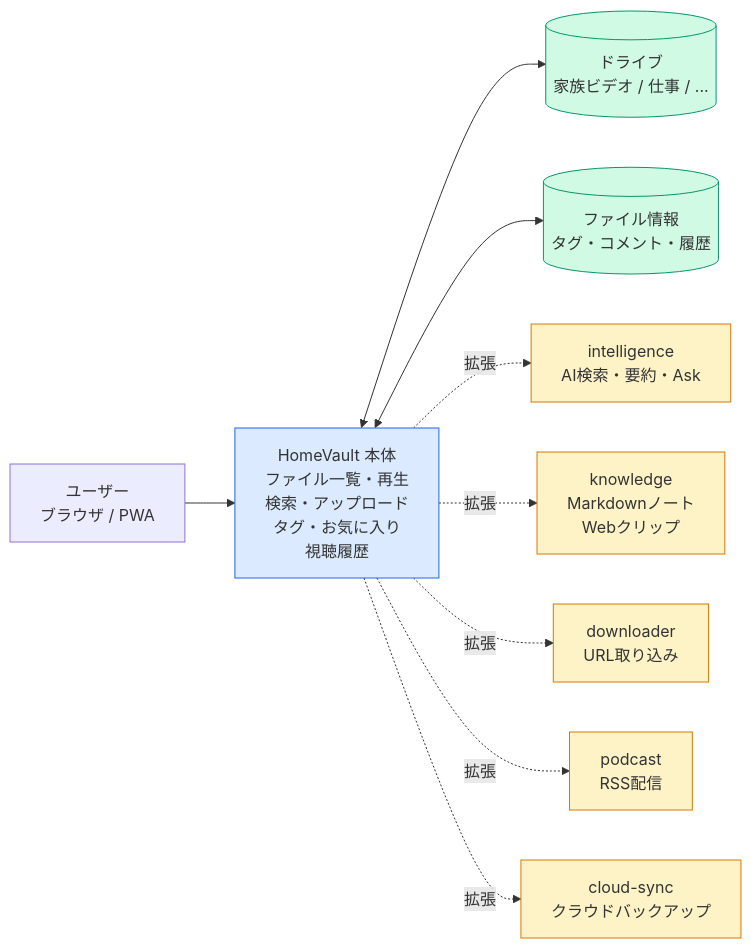
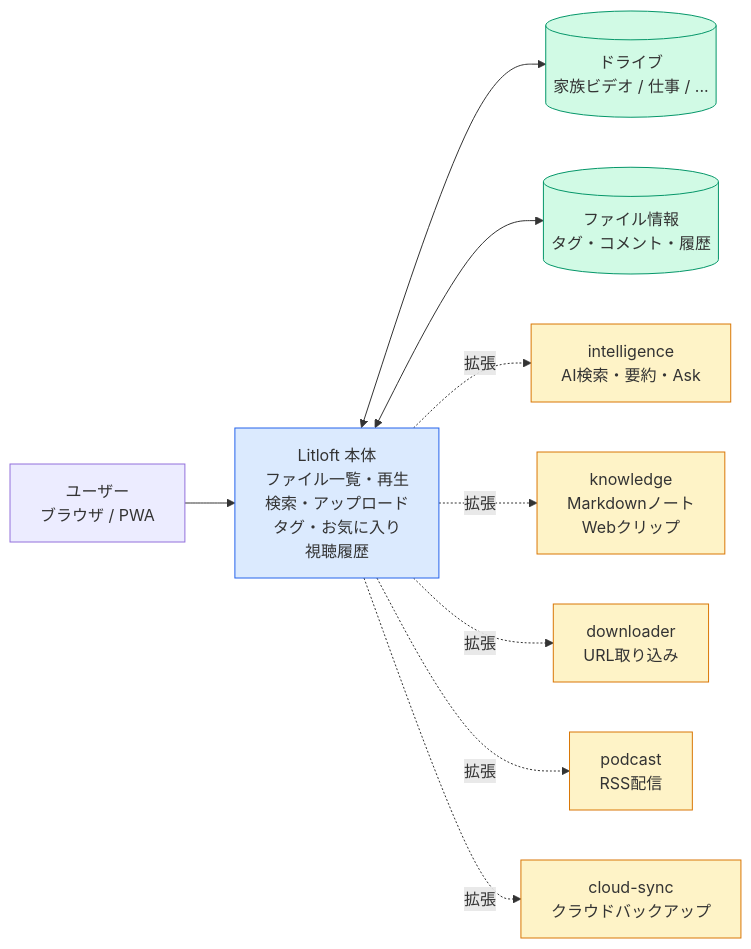
The first of 6 diagrams in docs/FEATURE-MAP.md (mamepenguin/Litloft), drawn with Mermaid before and after one commit. The commit also changed other lines of this file and 27 other files, not shown here.

Commit message:
rename: HomeVault → Litloft (brand strings)

````diff
--- a/docs/FEATURE-MAP.md
+++ b/docs/FEATURE-MAP.md
@@ -14,21 +14,21 @@
 ```mermaid
 flowchart LR
   U[ユーザー<br/>ブラウザ / PWA]
-  U --> FE[HomeVault 本体<br/>ファイル一覧・再生<br/>検索・アップロード<br/>タグ・お気に入り<br/>視聴履歴]
+  U --> FE[Litloft 本体<br/>ファイル一覧・再生<br/>検索・アップロード<br/>タグ・お気に入り<br/>視聴履歴]
 
   FE <--> D[(ドライブ<br/>家族ビデオ / 仕事 / ...)]
   FE <--> S[(ファイル情報<br/>タグ・コメント・履歴)]
 
   FE -.拡張.-> I[intelligence<br/>AI検索・要約・Ask]
   FE -.拡張.-> K[knowledge<br/>Markdownノート<br/>Webクリップ]
   FE -.拡張.-> DL[downloader<br/>URL取り込み]
   FE -.拡張.-> P[podcast<br/>RSS配信]
   FE -.拡張.-> C[cloud-sync<br/>クラウドバックアップ]
 
   classDef core fill:#dbeafe,stroke:#2563eb
   classDef addon fill:#fef3c7,stroke:#d97706
   classDef data fill:#d1fae5,stroke:#059669
   class FE core
   class I,K,DL,P,C addon
   class D,S data
 ```
````
